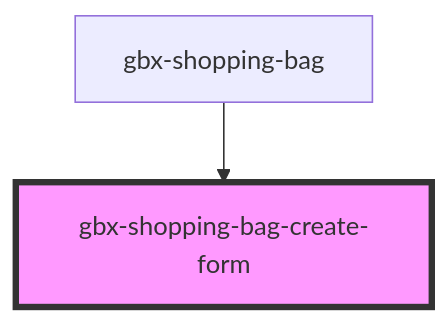
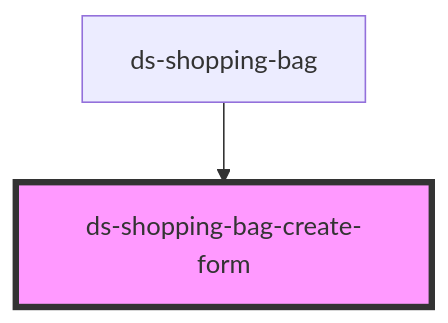
Before and after one commit to jezoock/dot-stash: the diagram in components/advanced/shopping-bag/shopping-bag-create-form/readme.md, drawn with Mermaid. The commit also changed other lines of this file and 198 other files, not shown here.

````diff
--- a/components/advanced/shopping-bag/shopping-bag-create-form/readme.md
+++ b/components/advanced/shopping-bag/shopping-bag-create-form/readme.md
@@ -28,5 +28,5 @@
 ```mermaid
 graph TD;
-  gbx-shopping-bag --> gbx-shopping-bag-create-form
-  style gbx-shopping-bag-create-form fill:#f9f,stroke:#333,stroke-width:4px
+  ds-shopping-bag --> ds-shopping-bag-create-form
+  style ds-shopping-bag-create-form fill:#f9f,stroke:#333,stroke-width:4px
 ```
````
